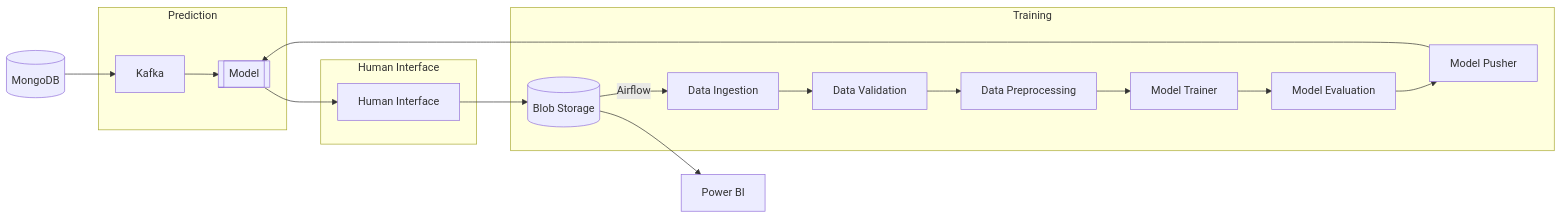
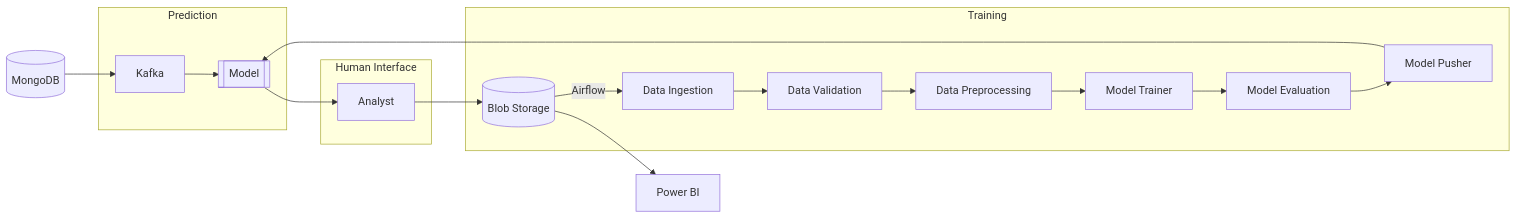
The second of 3 diagrams in README.md (lintosunny/Credit-Card-Fraud-Detection-Using-Machine-Learning), drawn with Mermaid before and after one commit.

````diff
--- a/README.md
+++ b/README.md
@@ -25,21 +25,21 @@
 ```mermaid
 flowchart LR
     A[(MongoDB)] --> B[Kafka]
+    D --> E[(Blob Storage)]
     subgraph Prediction
     B --> C[[Model]]
     end
-    D --> E[(Blob Storage)]
     subgraph Training
     E -- Airflow --> F[Data Ingestion]
     F --> G[Data Validation]
     G --> H[Data Preprocessing]
     H --> I[Model Trainer]
     I --> J[Model Evaluation]
     J --> K[Model Pusher]
     end
     subgraph Human Interface
-    C --> D[Human Interface]
+    C --> D[Analyst]
     end
     K --> C
     E --> Z[Power BI]
 ```
````
